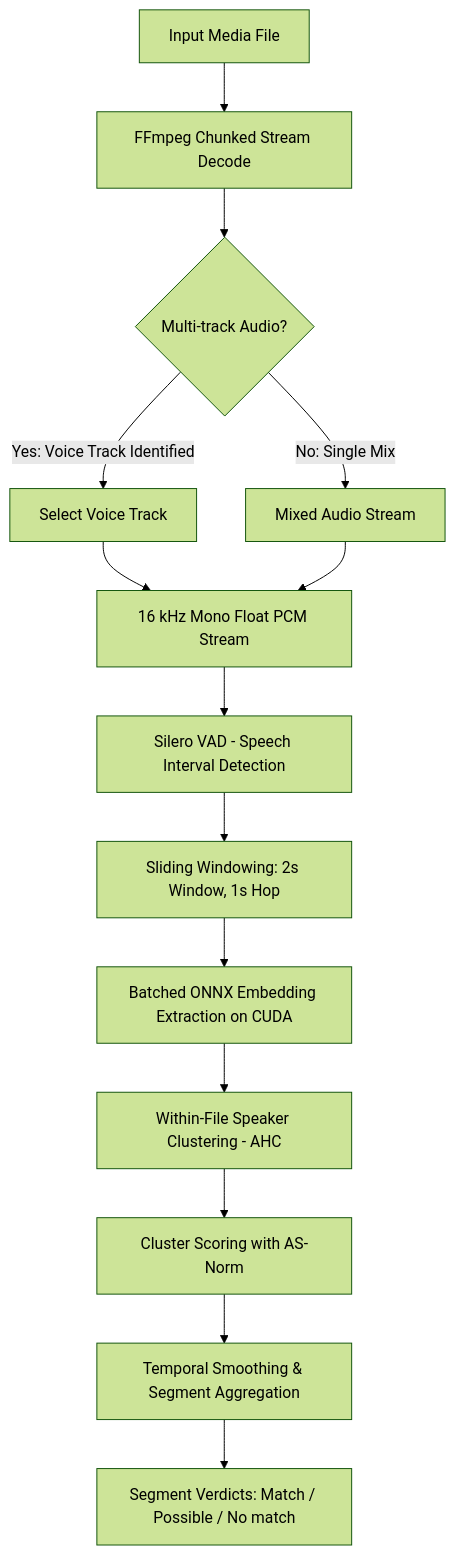
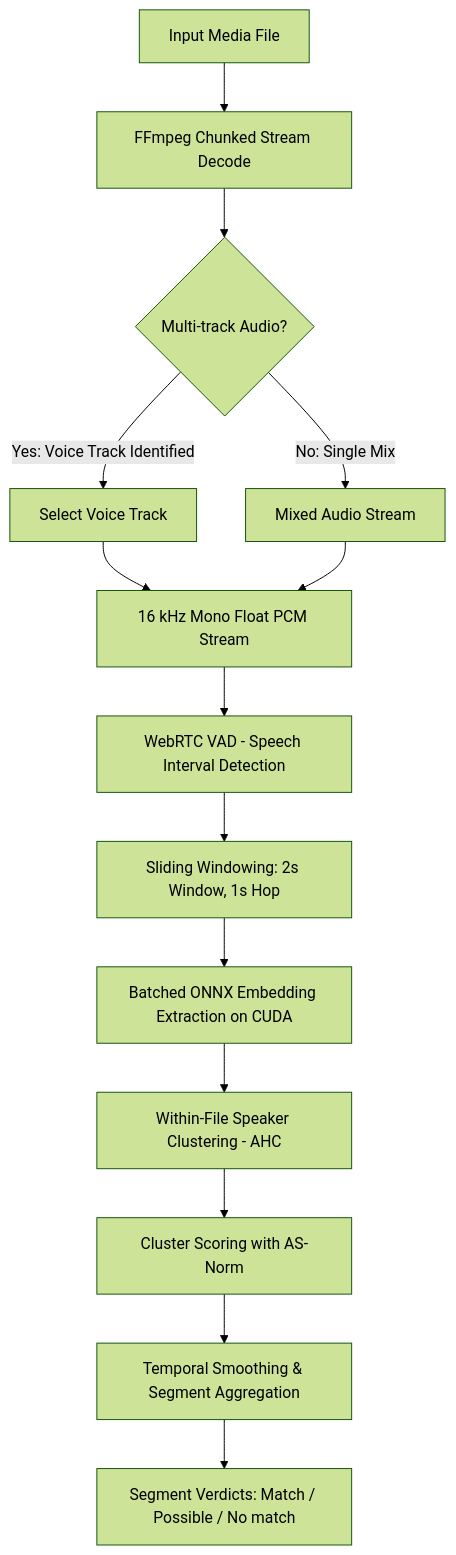
The diagram in DESIGN.md (ThatBadAim/Voice-Sampler), drawn with Mermaid (forest theme) before and after one commit. The commit also changed other lines of this file and 112 other files, not shown here.

Commit message:
feat: migrate to ECAPA-TDNN/TitaNet and WebRTC VAD, update eval pipeline and UI

````diff
--- a/DESIGN.md
+++ b/DESIGN.md
@@ -39,16 +38,16 @@
 ```mermaid
 flowchart TD
     A[Input Media File] --> B[FFmpeg Chunked Stream Decode]
     B --> C{Multi-track Audio?}
     C -- Yes: Voice Track Identified --> D[Select Voice Track]
     C -- No: Single Mix --> E[Mixed Audio Stream]
     D --> F[16 kHz Mono Float PCM Stream]
     E --> F
-    F --> G[Silero VAD - Speech Interval Detection]
+    F --> G[WebRTC VAD - Speech Interval Detection]
     G --> H[Sliding Windowing: 2s Window, 1s Hop]
     H --> I[Batched ONNX Embedding Extraction on CUDA]
     I --> J[Within-File Speaker Clustering - AHC]
     J --> K[Cluster Scoring with AS-Norm]
     K --> L[Temporal Smoothing & Segment Aggregation]
     L --> M[Segment Verdicts: Match / Possible / No match]
 ```
````
